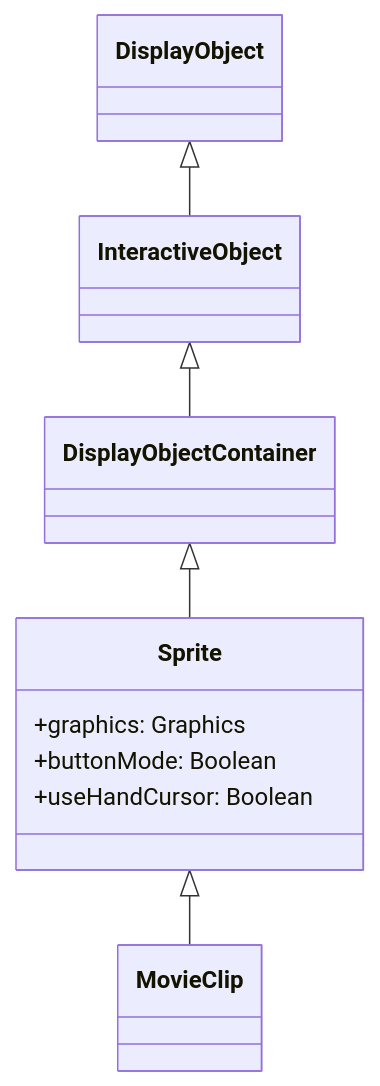
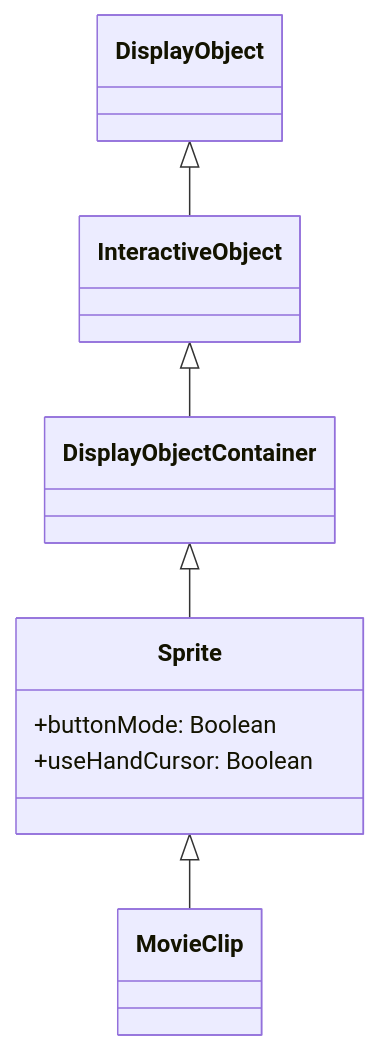
One commit to Next2D/player changed the diagram in specs/en/sprite.md. Above: the diagram before and after it, drawn with Mermaid. The commit also changed other lines of this file and 5 other files, not shown here.

````diff
--- a/specs/en/sprite.md
+++ b/specs/en/sprite.md
@@ -7,13 +7,12 @@
 ```mermaid
 classDiagram
     DisplayObject <|-- InteractiveObject
     InteractiveObject <|-- DisplayObjectContainer
     DisplayObjectContainer <|-- Sprite
     Sprite <|-- MovieClip
 
     class Sprite {
-        +graphics: Graphics
         +buttonMode: Boolean
         +useHandCursor: Boolean
     }
 ```
````
